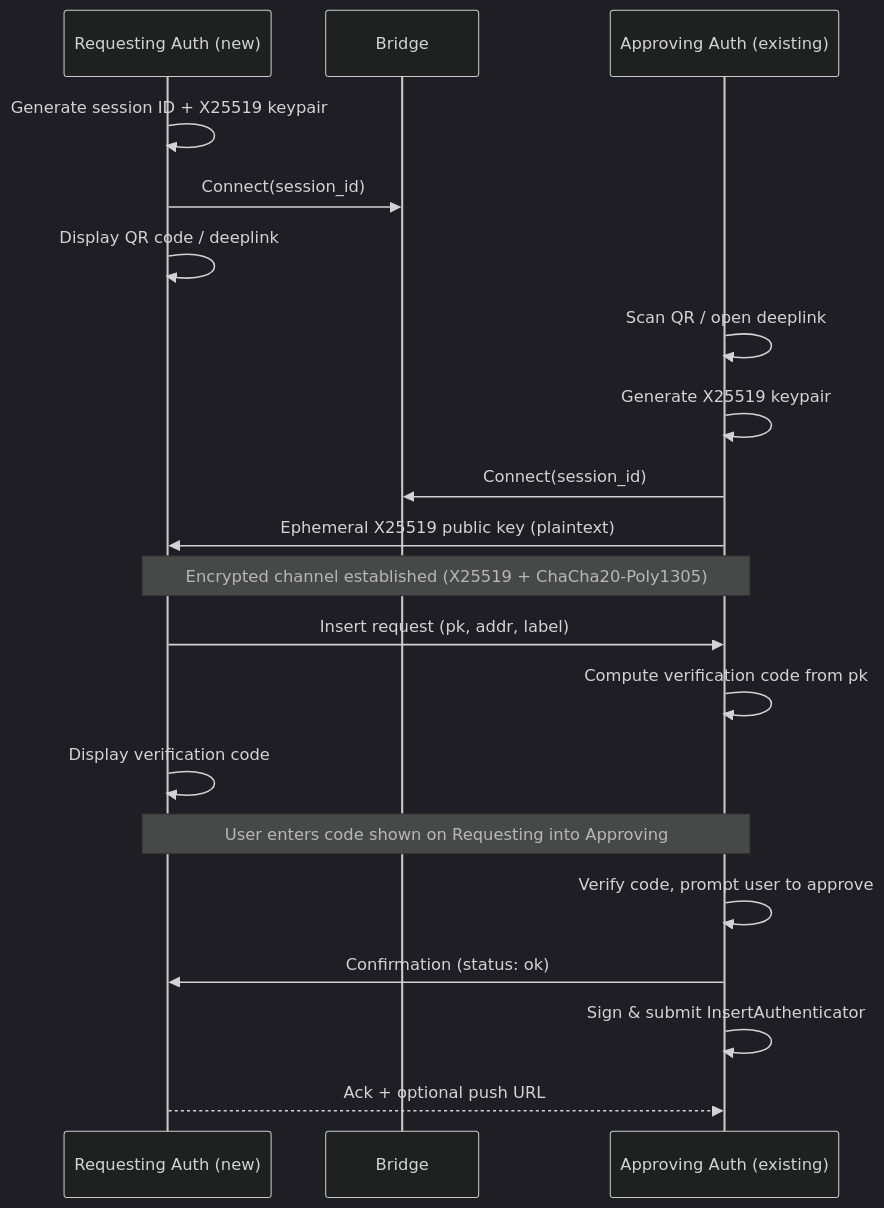
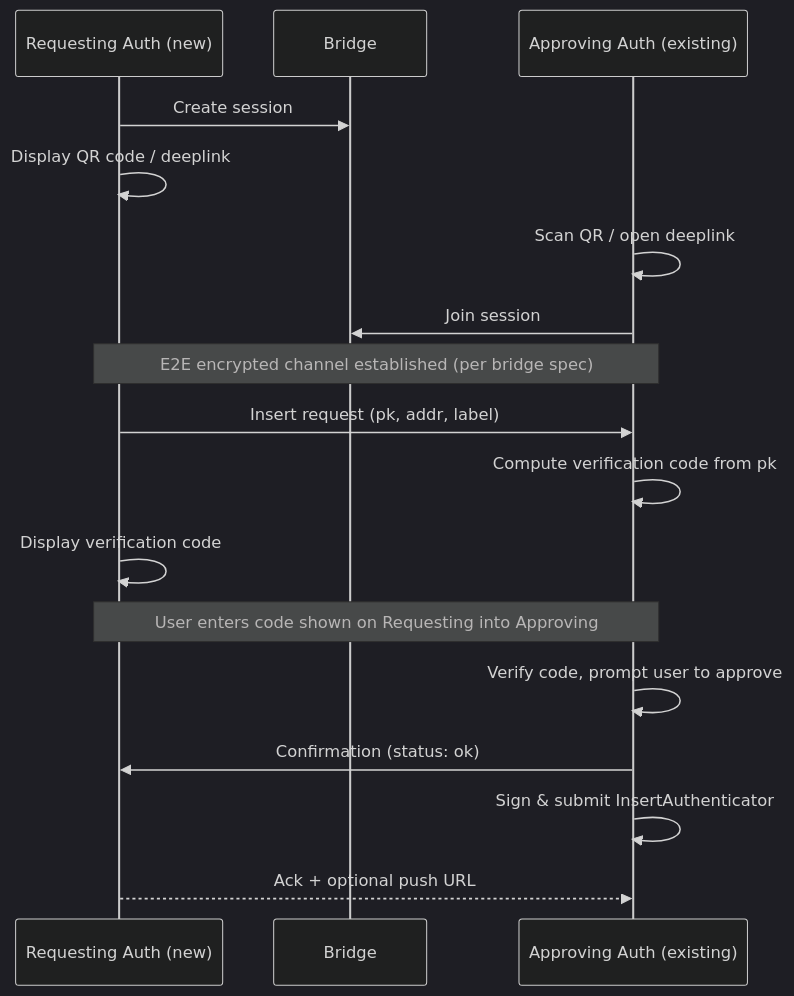
The diagram in docs/WIPs/wip-105.md (worldcoin/world-id-protocol), drawn with Mermaid (dark theme) before and after one commit. The commit also changed other lines of this file, not shown here.

````diff
--- a/docs/WIPs/wip-105.md
+++ b/docs/WIPs/wip-105.md
@@ -41,25 +41,22 @@
 ```mermaid
 sequenceDiagram
     participant r as Requesting Auth (new)
     participant b as Bridge
     participant a as Approving Auth (existing)
 
-    r->>r: Generate session ID + X25519 keypair
-    r->>b: Connect(session_id)
+    r->>b: Create session
     r->>r: Display QR code / deeplink
 
     a->>a: Scan QR / open deeplink
-    a->>a: Generate X25519 keypair
-    a->>b: Connect(session_id)
-    a->>r: Ephemeral X25519 public key (plaintext)
-    Note over r,a: Encrypted channel established (X25519 + ChaCha20-Poly1305)
+    a->>b: Join session
+    Note over r,a: E2E encrypted channel established (per bridge spec)
 
     r->>a: Insert request (pk, addr, label)
     a->>a: Compute verification code from pk
     r->>r: Display verification code
     Note over r,a: User enters code shown on Requesting into Approving
     a->>a: Verify code, prompt user to approve
     a->>r: Confirmation (status: ok)
     a->>a: Sign & submit InsertAuthenticator
     r-->>a: Ack + optional push URL
 ```
````
